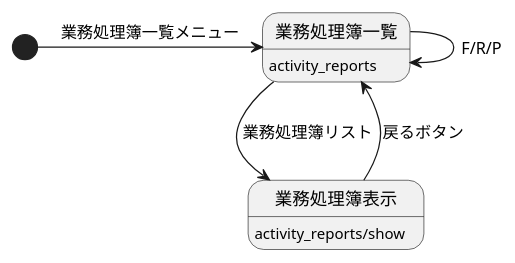
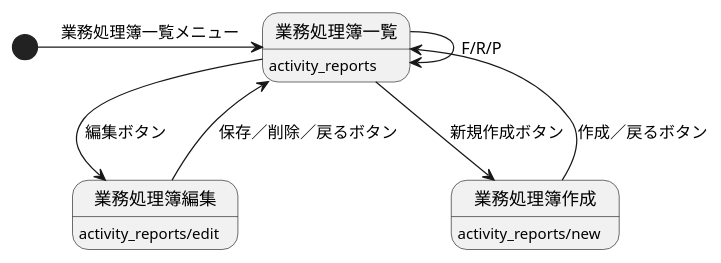
One commit to cedge1michi/tass_mock-frontend changed the diagram in docs/activity_reports.pu. Above: the diagram before and after it, drawn with PlantUML. The commit also changed 27 other files, not shown here.

```diff
--- a/docs/activity_reports.pu
+++ b/docs/activity_reports.pu
@@ -1,11 +1,15 @@
 @startuml 業務処理簿
 [*] -> 業務処理簿一覧: 業務処理簿一覧メニュー
 
-業務処理簿一覧 --> 業務処理簿表示: 業務処理簿リスト
-業務処理簿表示 --> 業務処理簿一覧: 戻るボタン
+業務処理簿一覧 --> 業務処理簿編集: 編集ボタン
+業務処理簿編集 --> 業務処理簿一覧: 保存／削除／戻るボタン
+
+業務処理簿一覧 --> 業務処理簿作成: 新規作成ボタン
+業務処理簿作成 --> 業務処理簿一覧: 作成／戻るボタン
 
 業務処理簿一覧 --> 業務処理簿一覧: F/R/P
 
 業務処理簿一覧: activity_reports
-業務処理簿表示: activity_reports/show
+業務処理簿作成: activity_reports/new
+業務処理簿編集: activity_reports/edit
 @enduml
```
